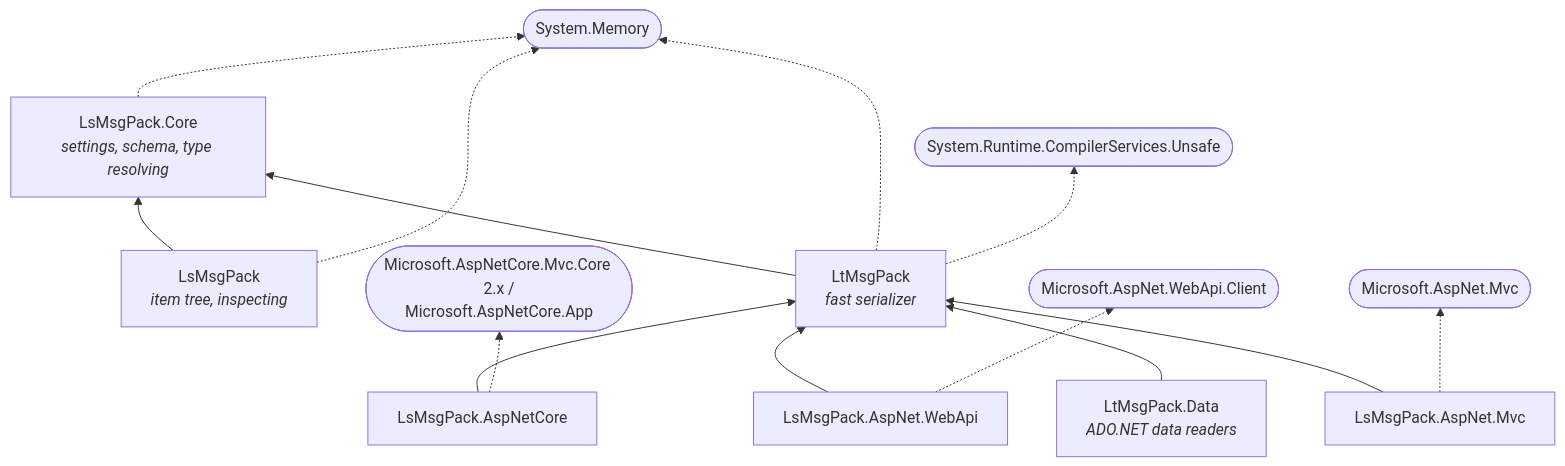
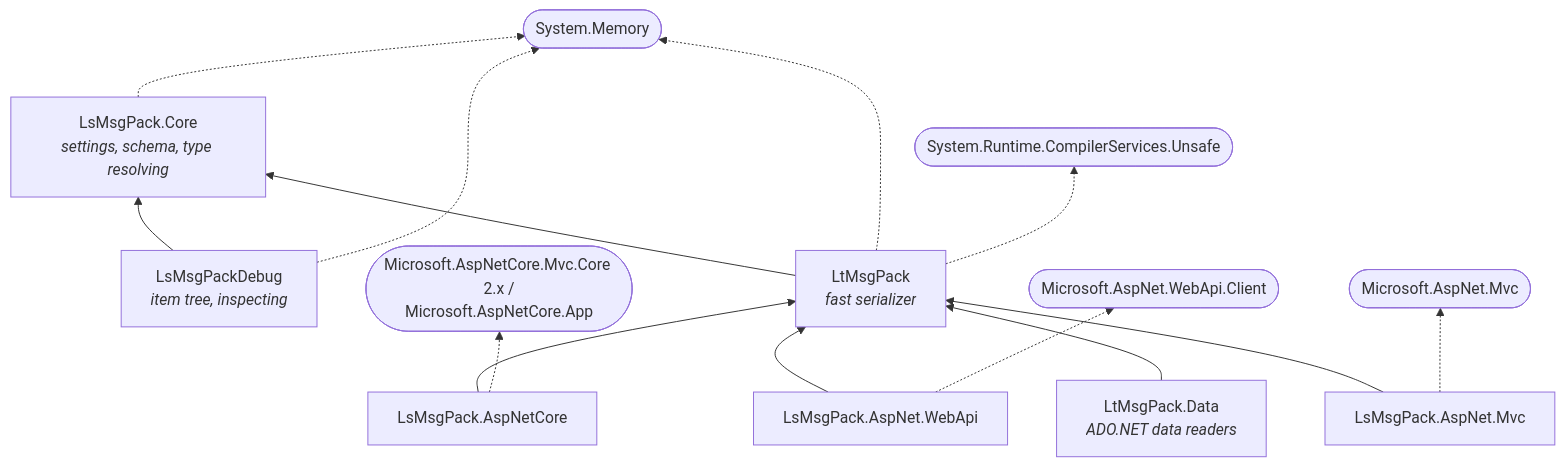
Before and after one commit to mlsomers/LsMsgPack: the diagram in README.md, drawn with Mermaid. The commit also changed other lines of this file and 313 other files, not shown here.

First line of the commit message:
Rename the debug serializer LsMsgPack to LsMsgPackDebug

````diff
--- a/README.md
+++ b/README.md
@@ -52,29 +52,29 @@
 ```mermaid
 graph BT
   Core["LsMsgPack.Core<br/><i>settings, schema, type resolving</i>"]
-  Ls["LsMsgPack<br/><i>item tree, inspecting</i>"]
+  Ls["LsMsgPackDebug<br/><i>item tree, inspecting</i>"]
   Lt["LtMsgPack<br/><i>fast serializer</i>"]
   AspNetCore["LsMsgPack.AspNetCore"]
   WebApi["LsMsgPack.AspNet.WebApi"]
   Mvc["LsMsgPack.AspNet.Mvc"]
   Data["LtMsgPack.Data<br/><i>ADO.NET data readers</i>"]
   Mem(["System.Memory"])
   Unsafe(["System.Runtime.CompilerServices.Unsafe"])
   AspNetCoreFx(["Microsoft.AspNetCore.Mvc.Core 2.x /<br/>Microsoft.AspNetCore.App"])
   WebApiClient(["Microsoft.AspNet.WebApi.Client"])
   AspNetMvc(["Microsoft.AspNet.Mvc"])
 
   Ls --> Core
   Lt --> Core
   AspNetCore --> Lt
   WebApi --> Lt
   Mvc --> Lt
   Data --> Lt
   Core -.-> Mem
   Ls -.-> Mem
   Lt -.-> Mem
   Lt -.-> Unsafe
   AspNetCore -.-> AspNetCoreFx
   WebApi -.-> WebApiClient
   Mvc -.-> AspNetMvc
 ```
````
